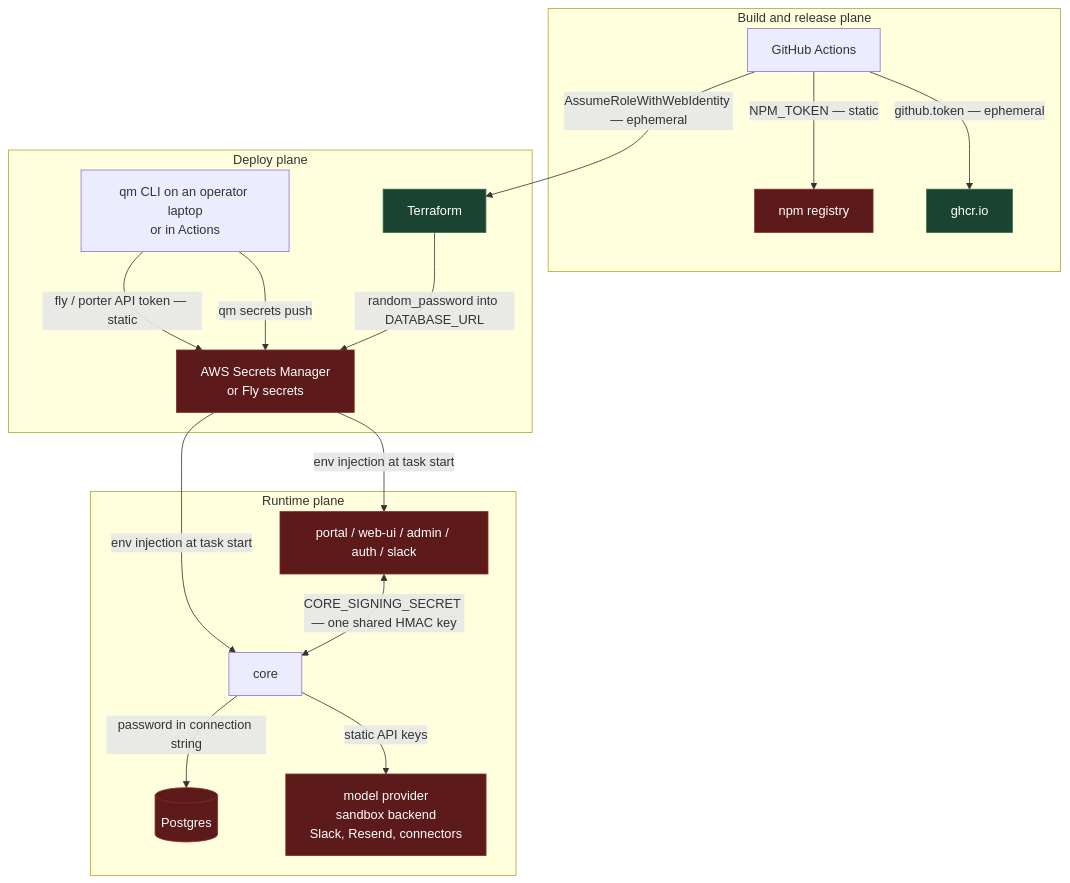
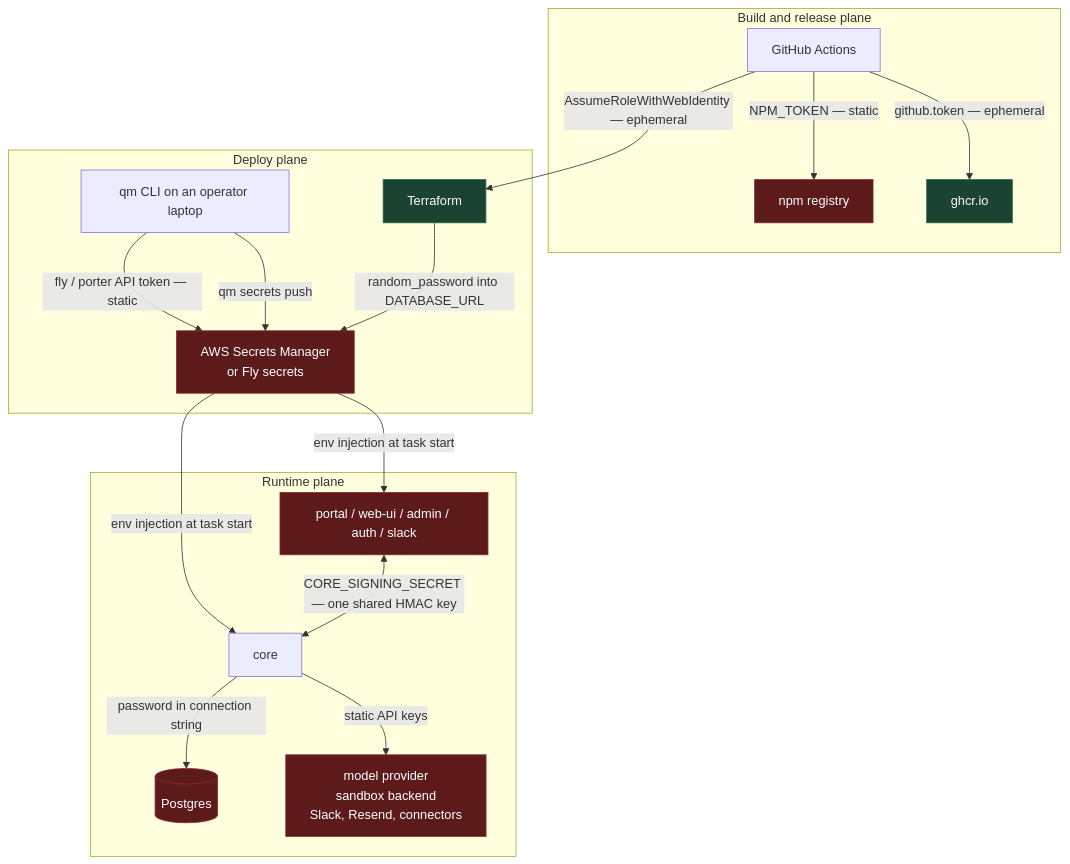
Before and after one commit to agentsky/qm: the first of 5 diagrams in docs/secretless.md, drawn with Mermaid. The commit also changed other lines of this file, not shown here.

````diff
--- a/docs/secretless.md
+++ b/docs/secretless.md
@@ -61,38 +62,38 @@
 ```mermaid
 graph TB
   subgraph Build["Build and release plane"]
     GHA["GitHub Actions"]
     NPM["npm registry"]
     GHCR["ghcr.io"]
   end
 
   subgraph Deploy["Deploy plane"]
-    CLI["qm CLI on an operator laptop<br/>or in Actions"]
+    CLI["qm CLI on an operator laptop"]
     TF["Terraform"]
     SM["AWS Secrets Manager<br/>or Fly secrets"]
   end
 
   subgraph Runtime["Runtime plane"]
     Core["core"]
     Surfaces["portal / web-ui / admin / auth / slack"]
     PG[("Postgres")]
     Vendors["model provider<br/>sandbox backend<br/>Slack, Resend, connectors"]
   end
 
   GHA -->|"github.token — ephemeral"| GHCR
   GHA -->|"NPM_TOKEN — static"| NPM
   GHA -->|"AssumeRoleWithWebIdentity — ephemeral"| TF
   CLI -->|"fly / porter API token — static"| SM
   CLI -->|"qm secrets push"| SM
   TF -->|"random_password into DATABASE_URL"| SM
   SM -->|"env injection at task start"| Core
   SM -->|"env injection at task start"| Surfaces
   Surfaces <-->|"CORE_SIGNING_SECRET — one shared HMAC key"| Core
   Core -->|"password in connection string"| PG
   Core -->|"static API keys"| Vendors
 
   classDef good fill:#1b4332,stroke:#2d6a4f,color:#fff
   classDef bad fill:#5c1a1a,stroke:#8b2c2c,color:#fff
   class GHCR,TF good
   class NPM,SM,PG,Vendors,Surfaces bad
 ```
````
